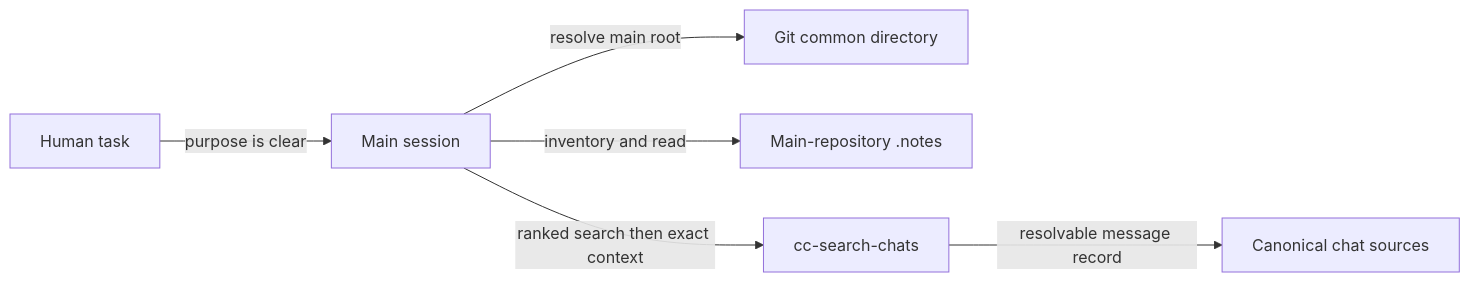
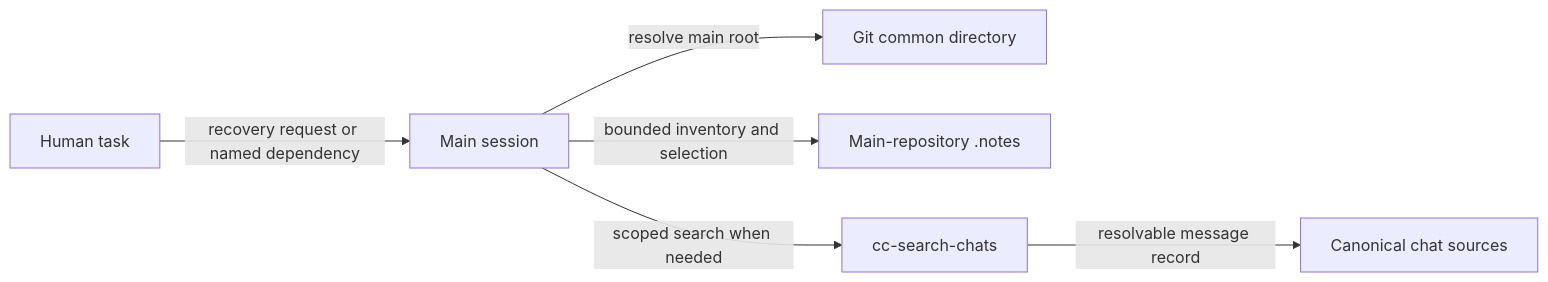
Before and after one commit to Denubis/denubis-plugins: the diagram in docs/architecture/plugins/denubis-project-notes/0-context.md, drawn with Mermaid. The commit also changed other lines of this file and 70 other files, not shown here.

````diff
--- a/docs/architecture/plugins/denubis-project-notes/0-context.md
+++ b/docs/architecture/plugins/denubis-project-notes/0-context.md
@@ -8,15 +8,15 @@
 ```mermaid
 flowchart LR
     H[Human task]
     M[Main session]
     G[Git common directory]
     N[Main-repository .notes]
     C[cc-search-chats]
     S[Canonical chat sources]
 
-    H -->|purpose is clear| M
+    H -->|recovery request or named dependency| M
     M -->|resolve main root| G
-    M -->|inventory and read| N
-    M -->|ranked search then exact context| C
+    M -->|bounded inventory and selection| N
+    M -->|scoped search when needed| C
     C -->|resolvable message record| S
 ```
````
